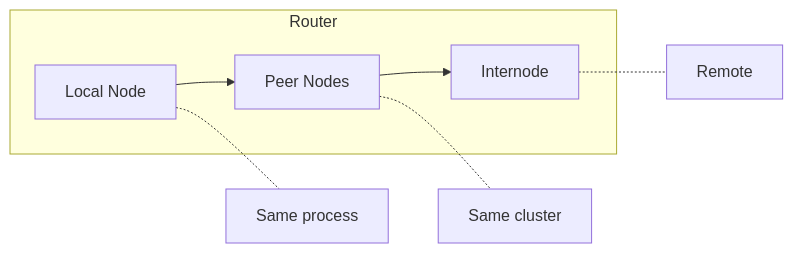
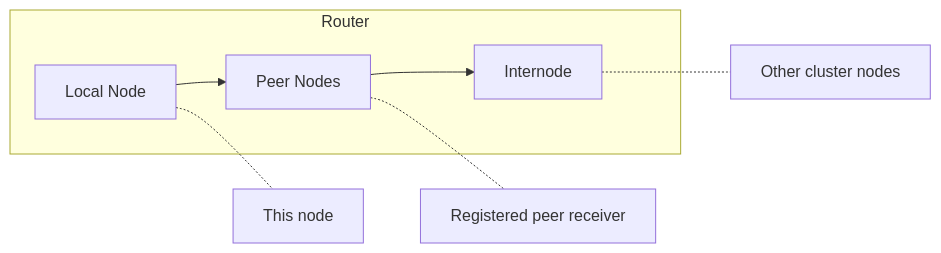
The third of 3 diagrams in en/internals/architecture.md (wippyai/docs), drawn with Mermaid before and after one commit. The commit also changed other lines of this file and 693 other files, not shown here.

````diff
--- a/en/internals/architecture.md
+++ b/en/internals/architecture.md
@@ -170,11 +169,11 @@
 ```mermaid
 flowchart LR
     subgraph Router
         Local[Local Node] --> Peer[Peer Nodes]
         Peer --> Inter[Internode]
     end
 
-    Local -.- L[Same process]
-    Peer -.- P[Same cluster]
-    Inter -.- I[Remote]
+    Local -.- L[This node]
+    Peer -.- P[Registered peer receiver]
+    Inter -.- I[Other cluster nodes]
 ```
````
